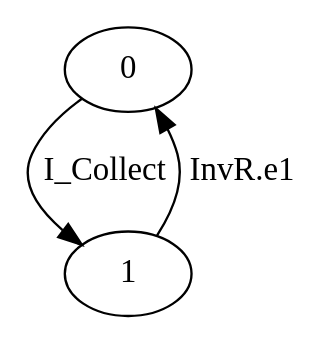
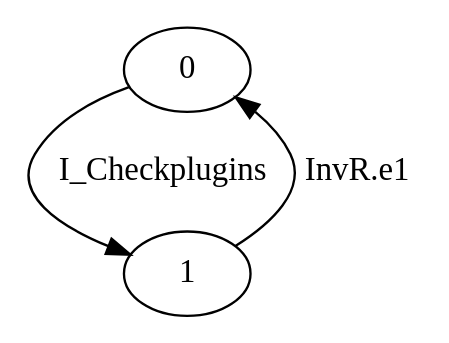
The diagram in src/newsolution/gmidarch/development/repositories/dot/Monevolutive.dot (gfads/midarch), drawn with Graphviz before and after one commit. The commit also changed 10 other files, not shown here.

```diff
--- a/src/newsolution/gmidarch/development/repositories/dot/Monevolutive.dot
+++ b/src/newsolution/gmidarch/development/repositories/dot/Monevolutive.dot
@@ -1,4 +1,4 @@
 digraph G {
-  0 -> 1 [ label="I_Collect" ];
+  0 -> 1 [ label="I_Checkplugins" ];
   1 -> 0 [ label="InvR.e1" ];
 }
```
